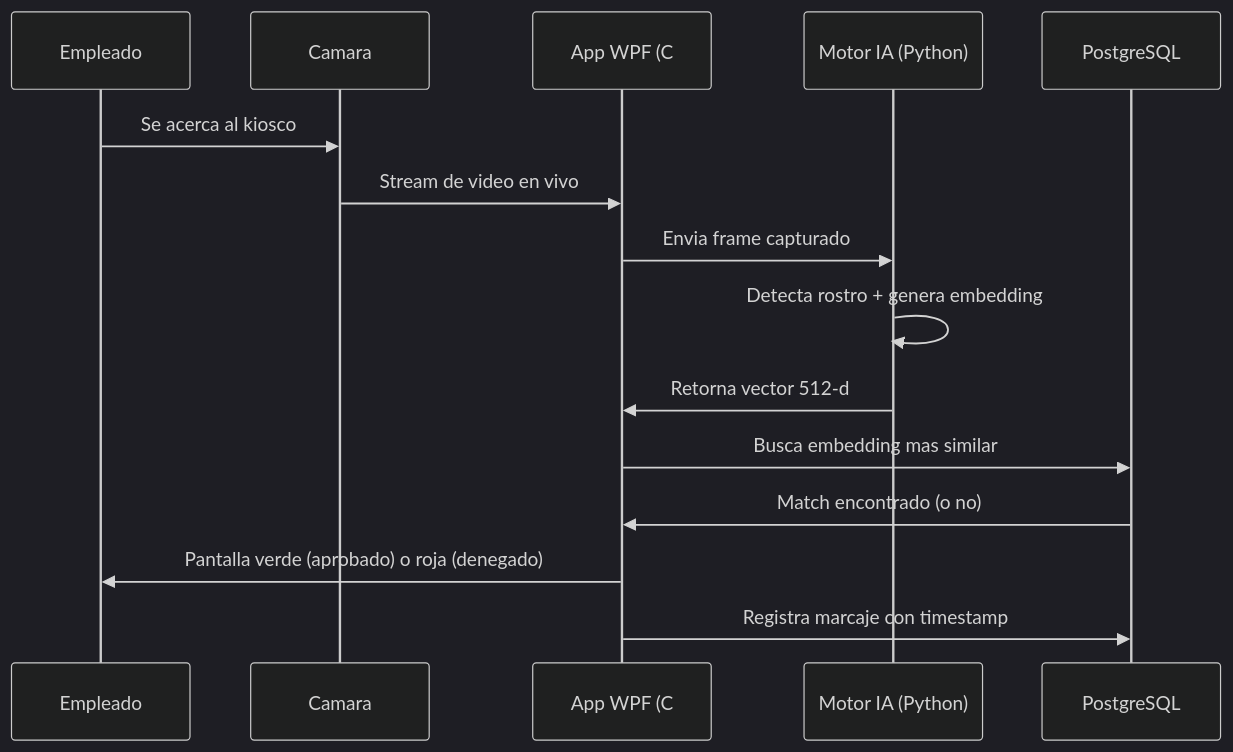
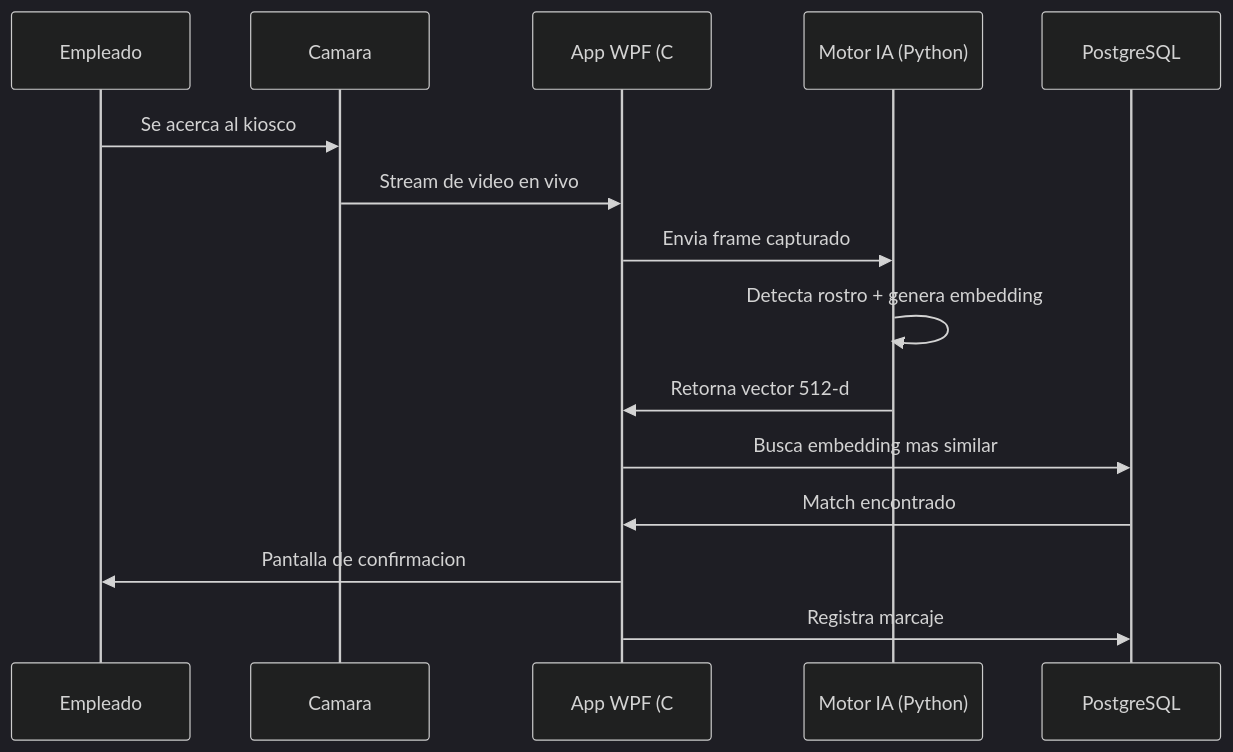
Before and after one commit to ramarstudio/RAMar_Repo: the first of 2 diagrams in docs/producto/como-funciona.md, drawn with Mermaid (dark theme). The commit also changed other lines of this file and 11 other files, not shown here.

````diff
--- a/docs/producto/como-funciona.md
+++ b/docs/producto/como-funciona.md
@@ -5,18 +13,18 @@
 ```mermaid
 sequenceDiagram
     participant E as Empleado
     participant C as Camara
     participant W as App WPF (C#)
     participant P as Motor IA (Python)
     participant D as PostgreSQL
 
     E->>C: Se acerca al kiosco
     C->>W: Stream de video en vivo
     W->>P: Envia frame capturado
     P->>P: Detecta rostro + genera embedding
     P->>W: Retorna vector 512-d
     W->>D: Busca embedding mas similar
-    D->>W: Match encontrado (o no)
-    W->>E: Pantalla verde (aprobado) o roja (denegado)
-    W->>D: Registra marcaje con timestamp
+    D->>W: Match encontrado
+    W->>E: Pantalla de confirmacion
+    W->>D: Registra marcaje
 ```
````
